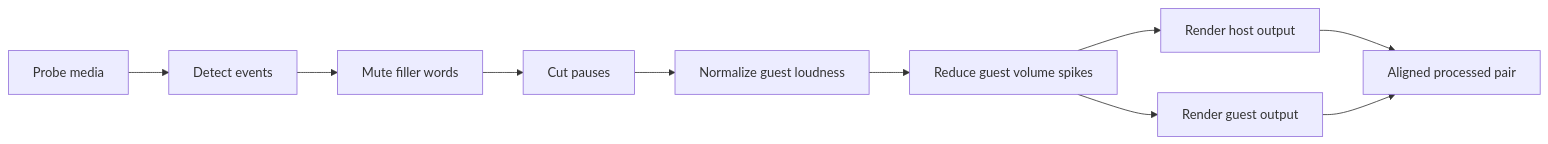
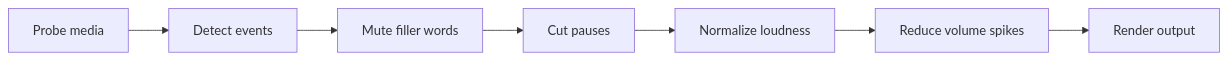
The diagram in README.md (ScotterMonk/AV-Clean-One-Stream), drawn with Mermaid before and after one commit. The commit also changed other lines of this file and 55 other files, not shown here.

````diff
--- a/README.md
+++ b/README.md
@@ -18,12 +17,9 @@
 ```mermaid
 flowchart LR
     A[Probe media] --> B[Detect events]
     B --> C[Mute filler words]
     C --> D[Cut pauses]
-    D --> E[Normalize guest loudness]
-    E --> F[Reduce guest volume spikes]
-    F --> G[Render host output]
-    F --> H[Render guest output]
-    G --> I[Aligned processed pair]
-    H --> I
+    D --> E[Normalize loudness]
+    E --> F[Reduce volume spikes]
+    F --> G[Render output]
 ```
````
